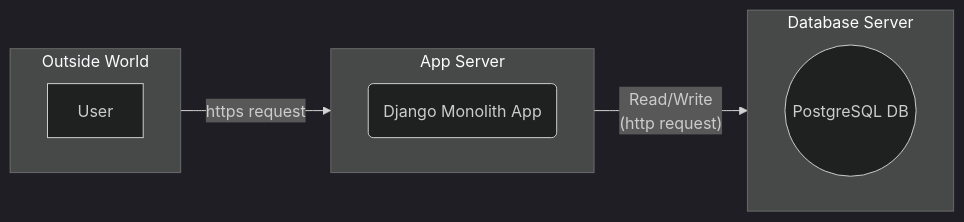
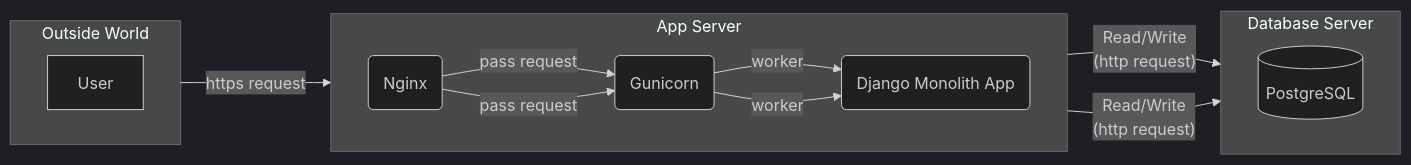
Before and after one commit to 004Ajay/Rough: the fourth of 5 diagrams in Diagram/Diagram_Only/Phase1_TheMonolithEra.md, drawn with Mermaid (dark theme). The commit also changed other lines of this file and 4 other files, not shown here.

Commit message:
Gunicorn SVG, Dukaan Stack, Before Dukaan, Customer Interaction, Gunicorn insertion to prev graphs, Postgres new shape

````diff
--- a/Diagram/Diagram_Only/Phase1_TheMonolithEra.md
+++ b/Diagram/Diagram_Only/Phase1_TheMonolithEra.md
@@ -25,24 +68,24 @@
 ```mermaid
 %%{init: {'flowchart': {'htmlLabels': false,}}}%%
-
 graph LR
-  %% Nodes
-  A[User]
-  B(Django Monolith App)
-  C((PostgreSQL DB))
-
+  
 subgraph Outside World
 direction LR
-  A 
+  A[User] 
 end
 
 subgraph App Server
 direction LR
-  A -- https request --> B
+  A -- https request --> N(Nginx)
+  N -- pass request --> G(Gunicorn)
+  N -- pass request --> G(Gunicorn)
+  G -- worker --> D(Django Monolith App)
+  G -- worker --> D(Django Monolith App)
 end
 
 subgraph Database Server
 direction LR
-  B -- Read/Write<br>(http request) --> C
+  D -- Read/Write<br>(http request) --> P[(PostgreSQL)]
+  D -- Read/Write<br>(http request) --> P[(PostgreSQL)]
 end
 ```
````
